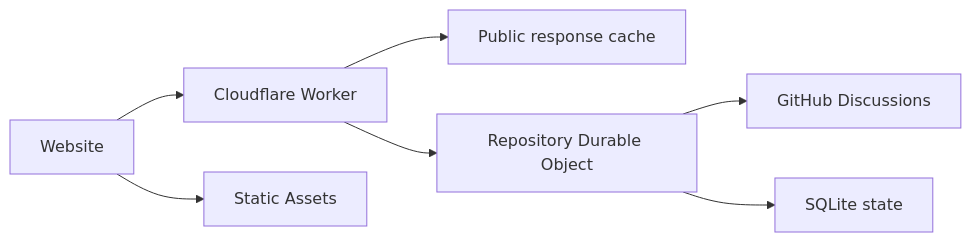
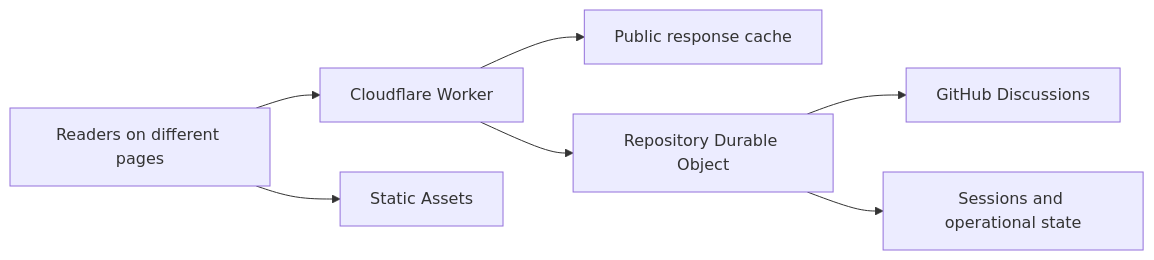
Before and after one commit to lumirth/giscusflare: the diagram in docs/DESIGN.md, drawn with Mermaid. The commit also changed other lines of this file and 20 other files, not shown here.

````diff
--- a/docs/DESIGN.md
+++ b/docs/DESIGN.md
@@ -5,9 +5,9 @@
 ```mermaid
 flowchart LR
-  Page[Website] --> Worker[Cloudflare Worker]
-  Page --> Assets[Static Assets]
+  Readers[Readers on different pages] --> Worker[Cloudflare Worker]
+  Readers --> Assets[Static Assets]
   Worker --> Cache[Public response cache]
-  Worker --> Repo[Repository Durable Object]
-  Repo --> GitHub[GitHub Discussions]
-  Repo --> Store[SQLite state]
+  Worker --> Repository[Repository Durable Object]
+  Repository --> GitHub[GitHub Discussions]
+  Repository --> SQLite[Sessions and operational state]
 ```
````
